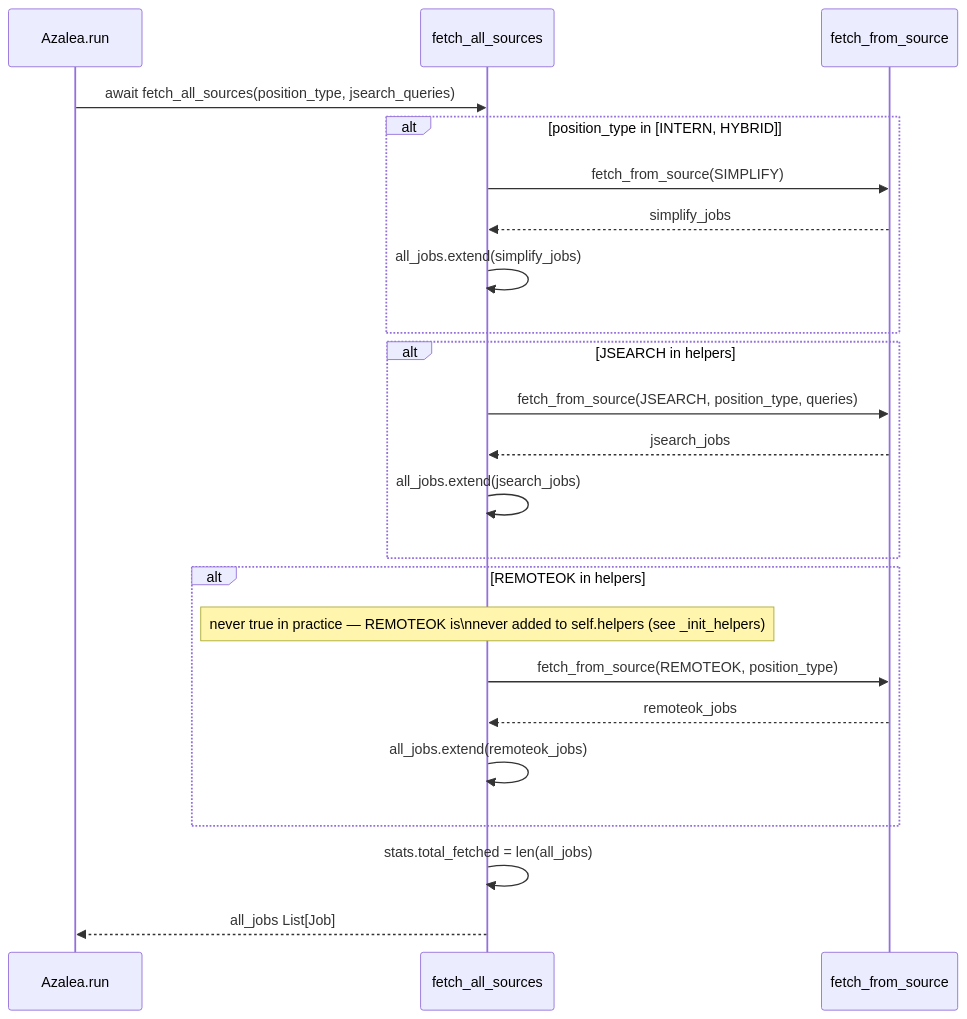
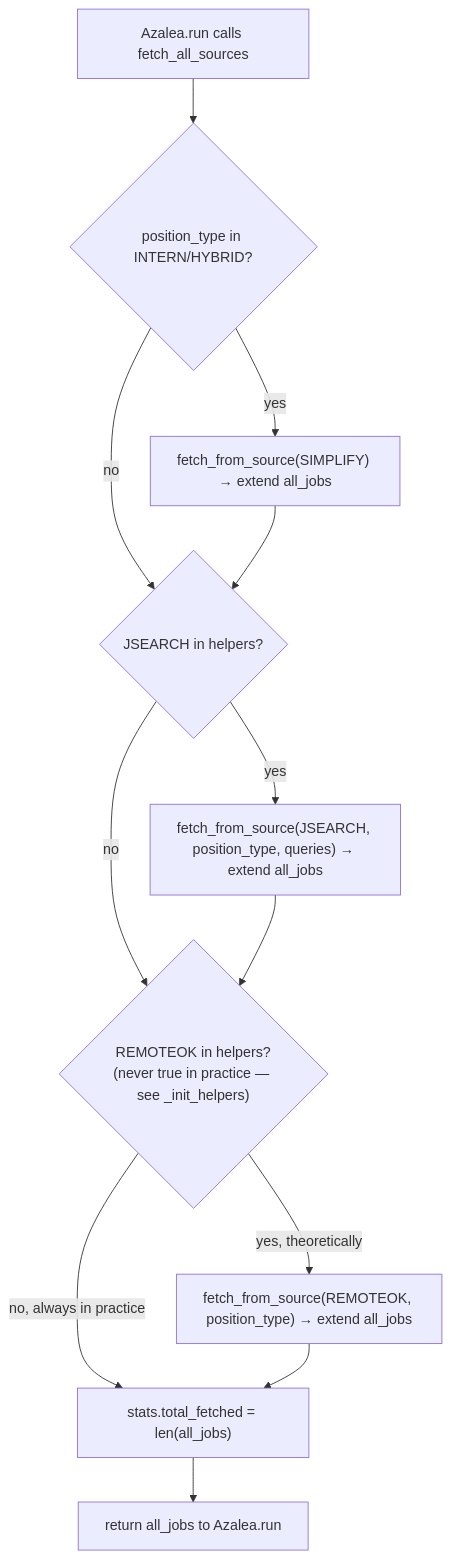
One commit to AustinDwomoh/libra changed the third of 5 diagrams in docs/diagrams/azalea_seq.md. Above: the diagram before and after it, drawn with Mermaid. The commit also changed other lines of this file and 17 other files, not shown here.

First line of the commit message:
Convert Mermaid sequences to flowcharts

````diff
--- a/docs/diagrams/azalea_seq.md
+++ b/docs/diagrams/azalea_seq.md
@@ -60,32 +31,15 @@
 ```mermaid
-%% sequenceDiagram — fetch_all_sources (per-source gating by position type)
-sequenceDiagram
-    participant Run as Azalea.run
-    participant FA as fetch_all_sources
-    participant FFS as fetch_from_source
-
-    Run->>FA: await fetch_all_sources(position_type, jsearch_queries)
-
-    alt position_type in [INTERN, HYBRID]
-        FA->>FFS: fetch_from_source(SIMPLIFY)
-        FFS-->>FA: simplify_jobs
-        FA->>FA: all_jobs.extend(simplify_jobs)
-    end
-
-    alt JSEARCH in helpers
-        FA->>FFS: fetch_from_source(JSEARCH, position_type, queries)
-        FFS-->>FA: jsearch_jobs
-        FA->>FA: all_jobs.extend(jsearch_jobs)
-    end
-
-    alt REMOTEOK in helpers
-        Note over FA: never true in practice — REMOTEOK is\nnever added to self.helpers (see _init_helpers)
-        FA->>FFS: fetch_from_source(REMOTEOK, position_type)
-        FFS-->>FA: remoteok_jobs
-        FA->>FA: all_jobs.extend(remoteok_jobs)
-    end
-
-    FA->>FA: stats.total_fetched = len(all_jobs)
-    FA-->>Run: all_jobs List[Job]
-
+%% flowchart — fetch_all_sources (per-source gating by position type)
+flowchart TD
+    A[Azalea.run calls fetch_all_sources] --> B{position_type in INTERN/HYBRID?}
+    B -->|yes| C["fetch_from_source(SIMPLIFY) → extend all_jobs"]
+    B -->|no| D{JSEARCH in helpers?}
+    C --> D
+    D -->|yes| E["fetch_from_source(JSEARCH, position_type, queries) → extend all_jobs"]
+    D -->|no| F{"REMOTEOK in helpers?<br/>(never true in practice — see _init_helpers)"}
+    E --> F
+    F -->|yes, theoretically| G["fetch_from_source(REMOTEOK, position_type) → extend all_jobs"]
+    F -->|no, always in practice| H["stats.total_fetched = len(all_jobs)"]
+    G --> H
+    H --> I[return all_jobs to Azalea.run]
 ```
````
